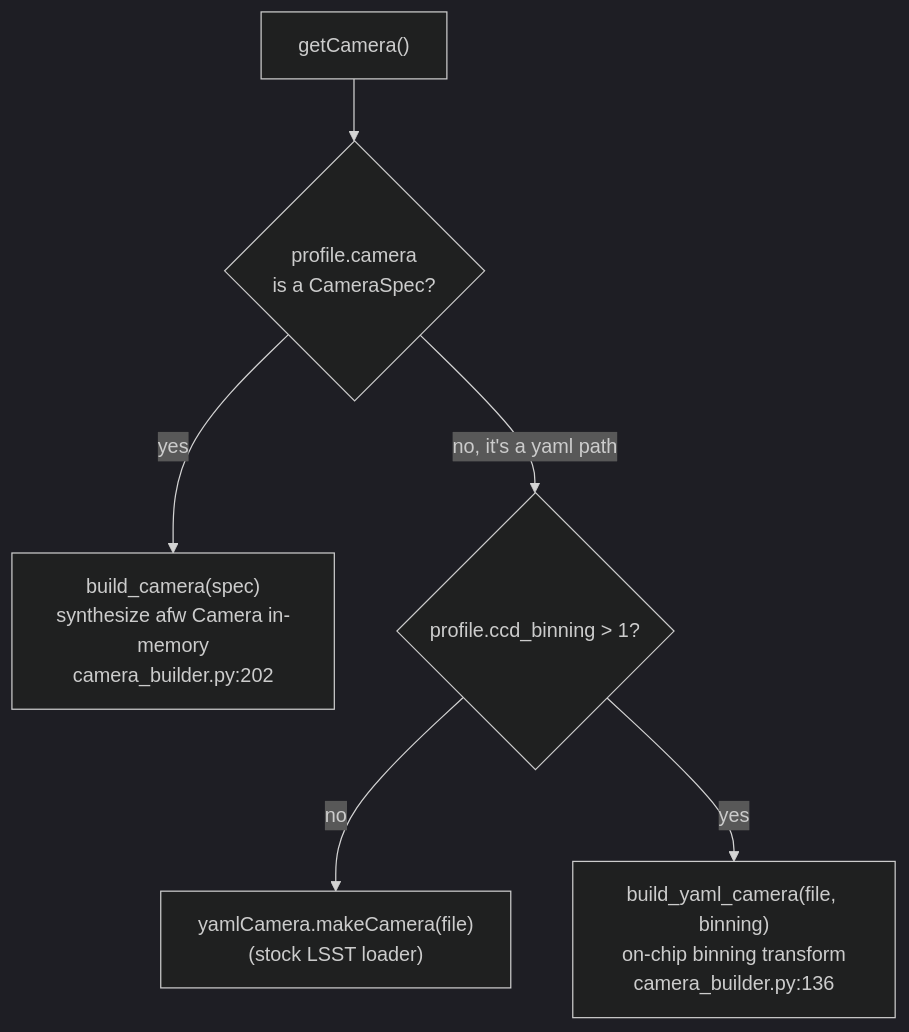
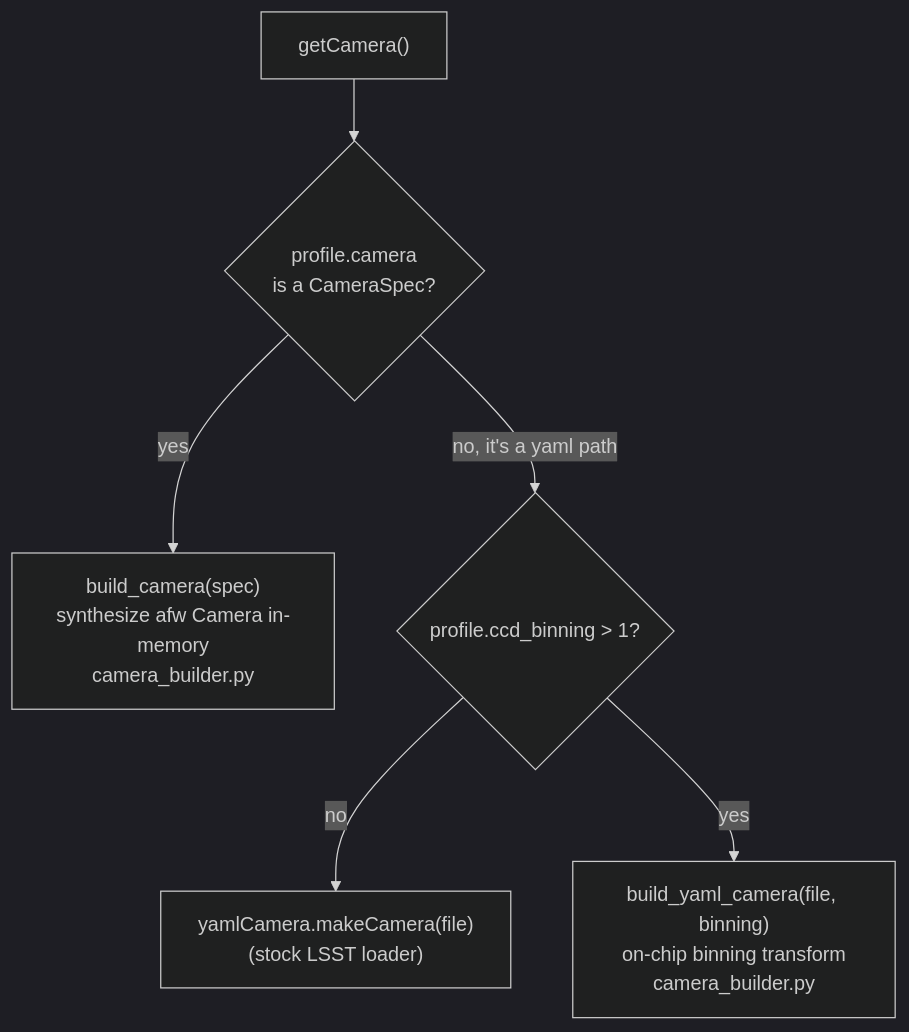
Before and after one commit to dangause/stips: the fifth of 9 diagrams in docs/obs-abstraction.md, drawn with Mermaid (dark theme). The commit also changed other lines of this file, not shown here.

First line of the commit message:
docs: drop rotting source line numbers from the architecture docs

````diff
--- a/docs/obs-abstraction.md
+++ b/docs/obs-abstraction.md
@@ -290,8 +290,8 @@
 ```mermaid
 flowchart TB
     gc["getCamera()"] --> q{"profile.camera<br/>is a CameraSpec?"}
-    q -->|yes| bc["build_camera(spec)<br/>synthesize afw Camera in-memory<br/>camera_builder.py:202"]
+    q -->|yes| bc["build_camera(spec)<br/>synthesize afw Camera in-memory<br/>camera_builder.py"]
     q -->|no, it's a yaml path| bn{"profile.ccd_binning &gt; 1?"}
     bn -->|no| yc["yamlCamera.makeCamera(file)<br/>(stock LSST loader)"]
-    bn -->|yes| byc["build_yaml_camera(file, binning)<br/>on-chip binning transform<br/>camera_builder.py:136"]
+    bn -->|yes| byc["build_yaml_camera(file, binning)<br/>on-chip binning transform<br/>camera_builder.py"]
 ```
````
